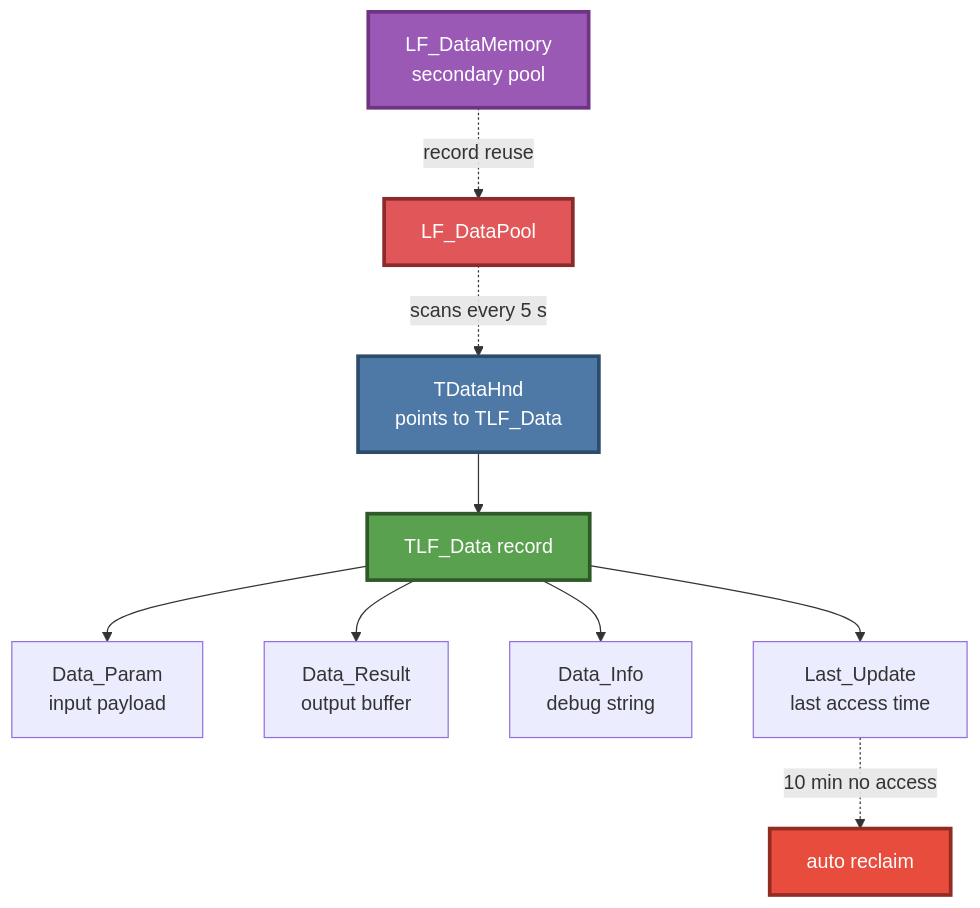
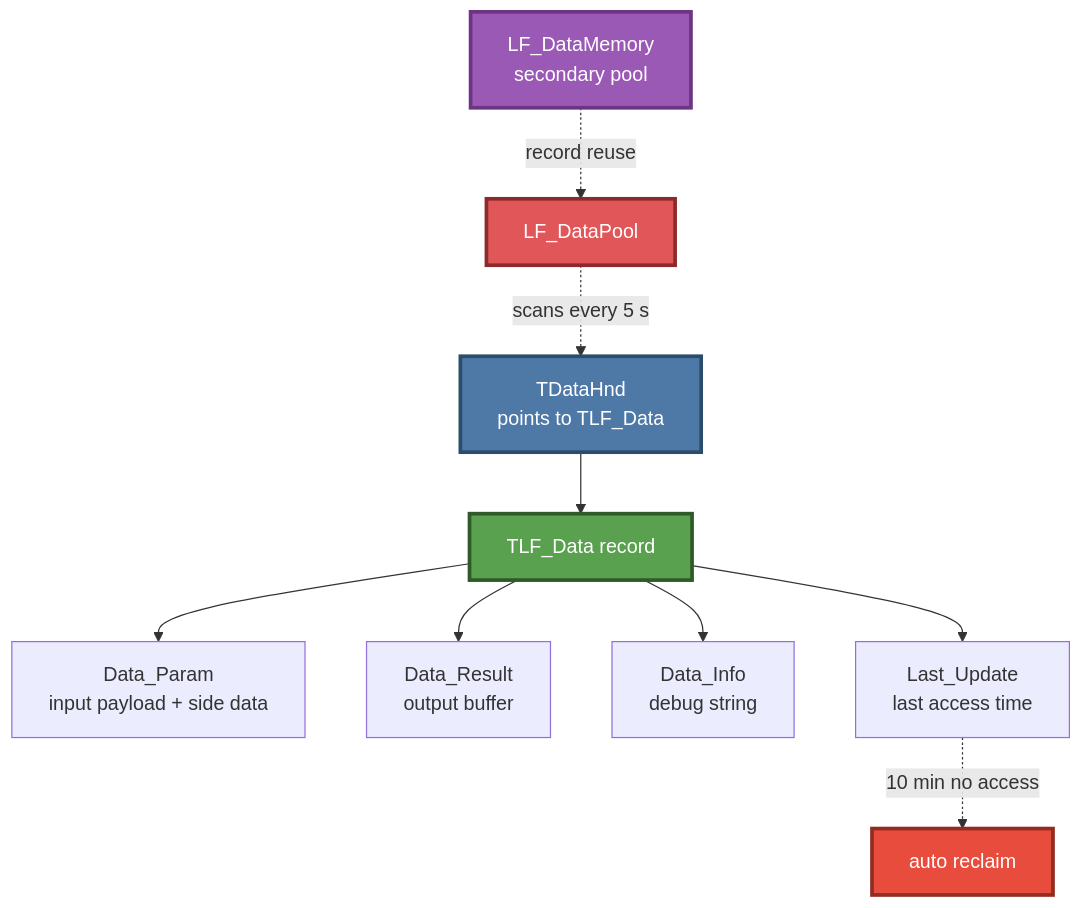
Before and after one commit to PassByYou888/LingoFuse: the ninth of 26 diagrams in cpp/LingoFuse_Cpp_Knowledge_Base.md, drawn with Mermaid. The commit also changed other lines of this file and 78 other files, not shown here.

````diff
--- a/cpp/LingoFuse_Cpp_Knowledge_Base.md
+++ b/cpp/LingoFuse_Cpp_Knowledge_Base.md
@@ -421,18 +490,18 @@
 ```mermaid
 flowchart TB
     HND["TDataHnd<br/>points to TLF_Data"] --> DATA["TLF_Data record"]
-    DATA --> DP["Data_Param<br/>input payload"]
+    DATA --> DP["Data_Param<br/>input payload + side data"]
     DATA --> DR["Data_Result<br/>output buffer"]
     DATA --> DI["Data_Info<br/>debug string"]
     DATA --> LT["Last_Update<br/>last access time"]
 
     POOL["LF_DataPool"] -.->|"scans every 5 s"| HND
     LT -.->|"10 min no access"| RECYCLE["auto reclaim"]
     MEM["LF_DataMemory<br/>secondary pool"] -.->|"record reuse"| POOL
 
     style HND fill:#4E79A7,stroke:#2C4C6B,stroke-width:3px,color:#FFFFFF
     style DATA fill:#59A14F,stroke:#2F5928,stroke-width:3px,color:#FFFFFF
     style POOL fill:#E15759,stroke:#8C2A2B,stroke-width:3px,color:#FFFFFF
     style RECYCLE fill:#E74C3C,stroke:#922B21,stroke-width:3px,color:#FFFFFF
     style MEM fill:#9B59B6,stroke:#6C3483,stroke-width:3px,color:#FFFFFF
 ```
````
